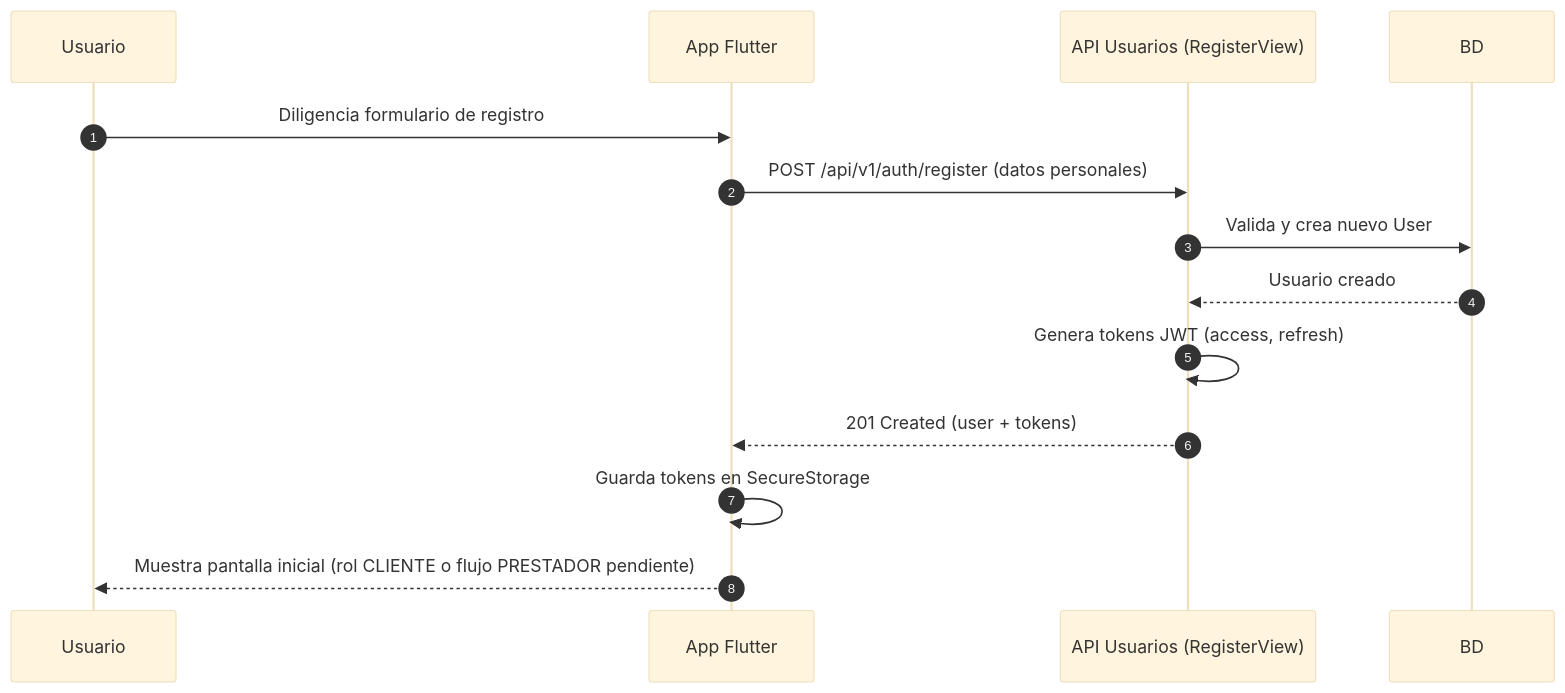
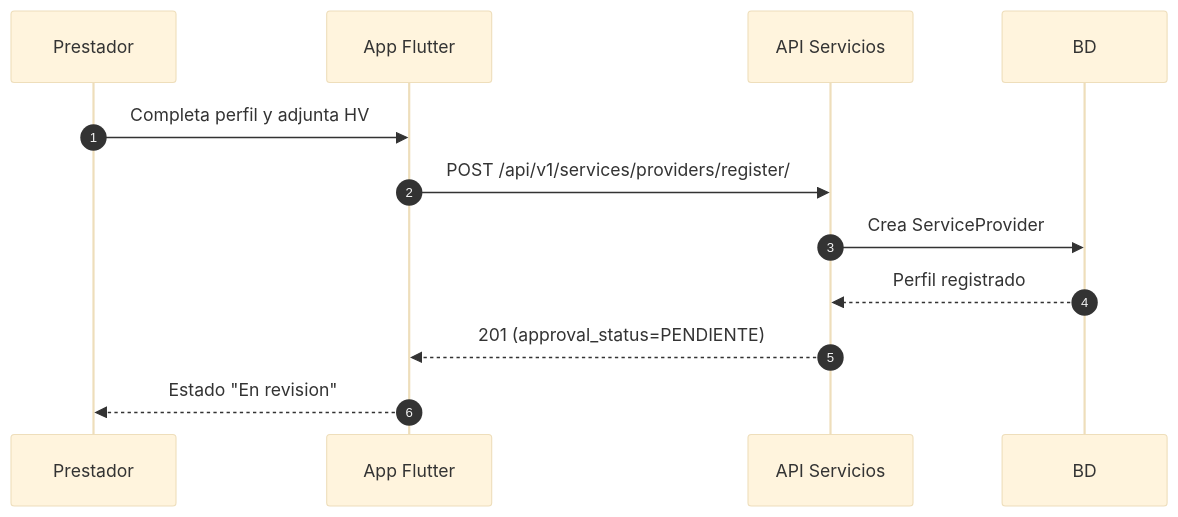
One commit to Karatsuyu/Runners changed diagram 17 of 42 in Documento_Desarrollo_Runners.md. Above: the diagram before and after it, drawn with Mermaid (base theme). The commit also changed other lines of this file and 4 other files, not shown here.

Commit message:
docs: sync runners documentation and flows

````diff
--- a/Documento_Desarrollo_Runners.md
+++ b/Documento_Desarrollo_Runners.md
@@ -1576,17 +2067,15 @@
 ```mermaid
 sequenceDiagram
     autonumber
-    participant U as Usuario
+    participant P as Prestador
     participant F as App Flutter
-    participant A as API Usuarios (RegisterView)
+    participant S as API Servicios
     participant DB as BD
 
-    U->>F: Diligencia formulario de registro
-    F->>A: POST /api/v1/auth/register (datos personales)
-    A->>DB: Valida y crea nuevo User
-    DB-->>A: Usuario creado
-    A->>A: Genera tokens JWT (access, refresh)
-    A-->>F: 201 Created (user + tokens)
-    F->>F: Guarda tokens en SecureStorage
-    F-->>U: Muestra pantalla inicial (rol CLIENTE o flujo PRESTADOR pendiente)
+    P->>F: Completa perfil y adjunta HV
+    F->>S: POST /api/v1/services/providers/register/
+    S->>DB: Crea ServiceProvider
+    DB-->>S: Perfil registrado
+    S-->>F: 201 (approval_status=PENDIENTE)
+    F-->>P: Estado "En revision"
 ```
````
